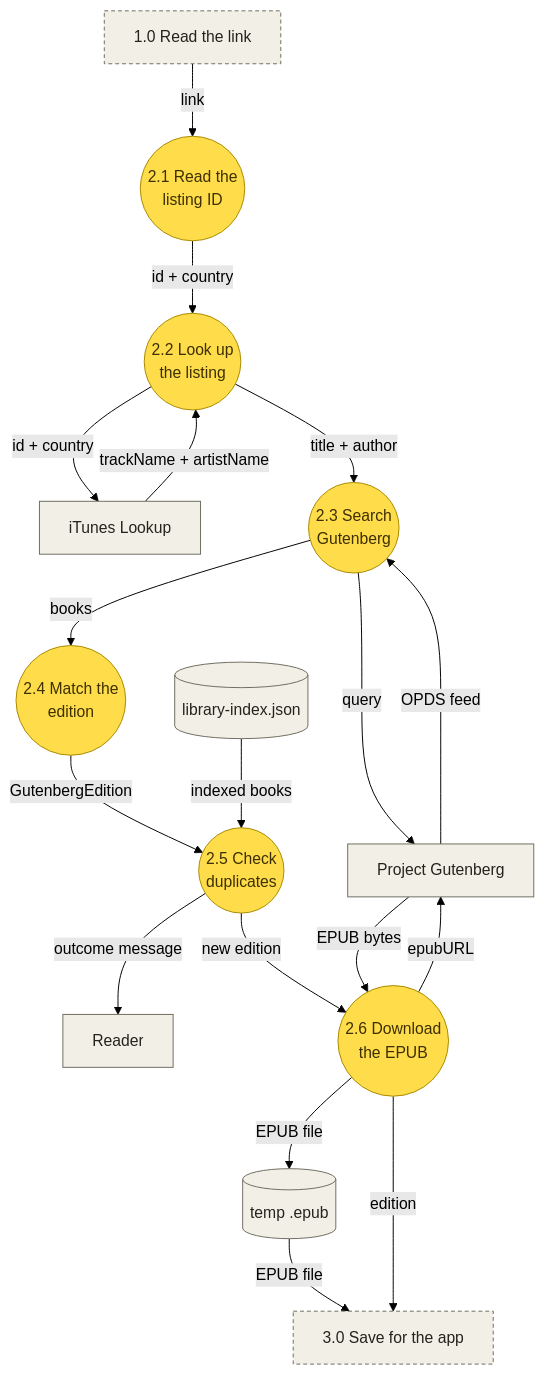
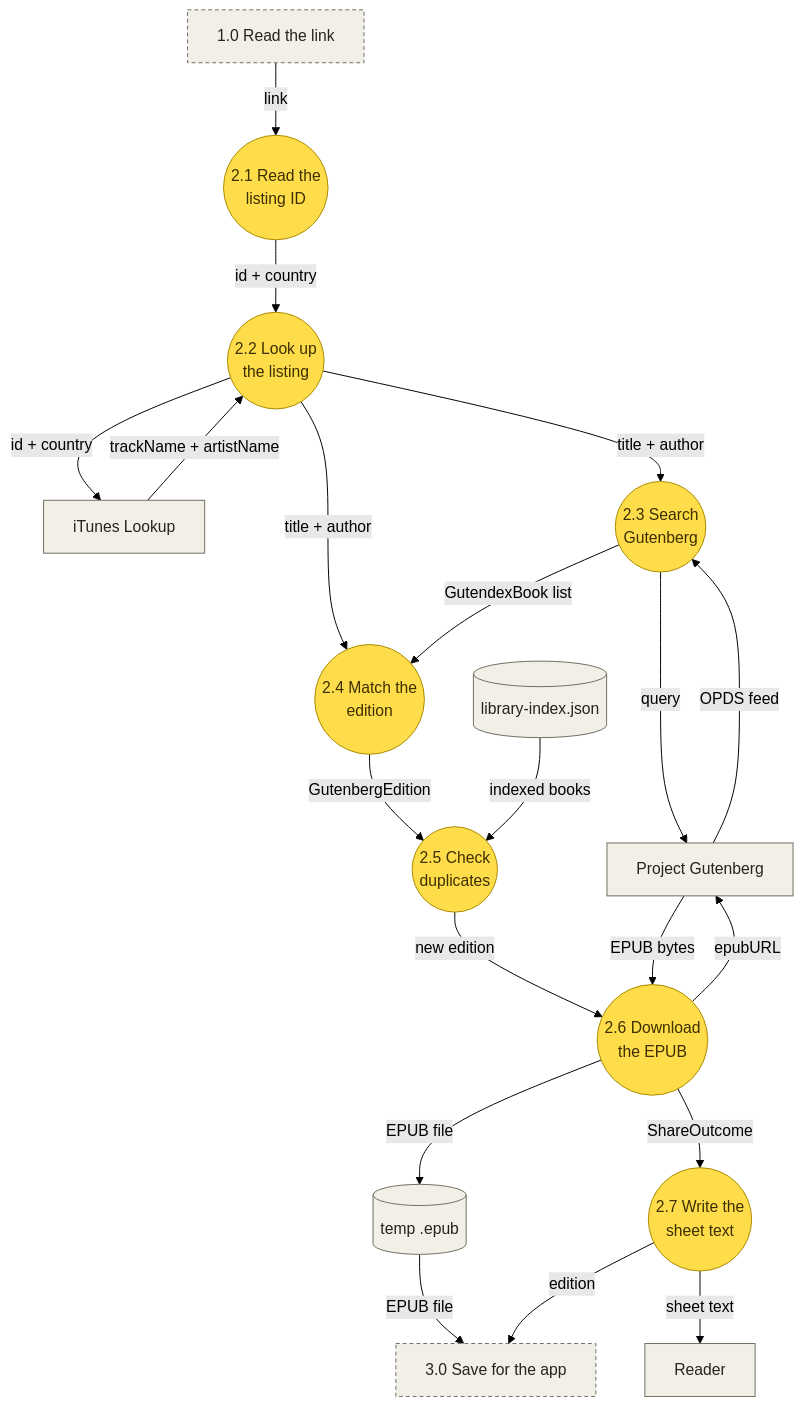
One commit to AftrHours/iRead changed the third of 6 diagrams in docs/DFD-share-import.md. Above: the diagram before and after it, drawn with Mermaid (forest theme). The commit also changed other lines of this file and 16 other files, not shown here.

````diff
--- a/docs/DFD-share-import.md
+++ b/docs/DFD-share-import.md
@@ -125,39 +125,42 @@
 ```mermaid
 flowchart TD
     P1["1.0 Read the link"]:::ref
     IT["iTunes Lookup"]:::entity
     PG["Project Gutenberg"]:::entity
     RD["Reader"]:::entity
     LI[("library-index.json")]:::store
     TMP[("temp .epub")]:::store
     P21(("2.1 Read the<br/>listing ID")):::ext
     P22(("2.2 Look up<br/>the listing")):::ext
     P23(("2.3 Search<br/>Gutenberg")):::ext
     P24(("2.4 Match the<br/>edition")):::ext
     P25(("2.5 Check<br/>duplicates")):::ext
     P26(("2.6 Download<br/>the EPUB")):::ext
+    P27(("2.7 Write the<br/>sheet text")):::ext
     P3["3.0 Save for the app"]:::ref
 
     P1 -->|"link"| P21
     P21 -->|"id + country"| P22
     P22 -->|"id + country"| IT
     IT -->|"trackName + artistName"| P22
     P22 -->|"title + author"| P23
+    P22 -->|"title + author"| P24
     P23 -->|"query"| PG
     PG -->|"OPDS feed"| P23
-    P23 -->|"books"| P24
+    P23 -->|"GutendexBook list"| P24
     P24 -->|"GutenbergEdition"| P25
     LI -->|"indexed books"| P25
     P25 -->|"new edition"| P26
     P26 -->|"epubURL"| PG
     PG -->|"EPUB bytes"| P26
     P26 -->|"EPUB file"| TMP
     TMP -->|"EPUB file"| P3
-    P26 -->|"edition"| P3
-    P25 -->|"outcome message"| RD
+    P26 -->|"ShareOutcome"| P27
+    P27 -->|"sheet text"| RD
+    P27 -->|"edition"| P3
 
     classDef entity fill:#f2f0e6,stroke:#6f6d60,color:#24231d
     classDef ext fill:#ffdd4a,stroke:#a88a00,color:#3d2f00
     classDef store fill:#f2f0e6,stroke:#6f6d60,color:#24231d
     classDef ref fill:#f2f0e6,stroke:#6f6d60,color:#24231d,stroke-dasharray:4 3
 ```
````
